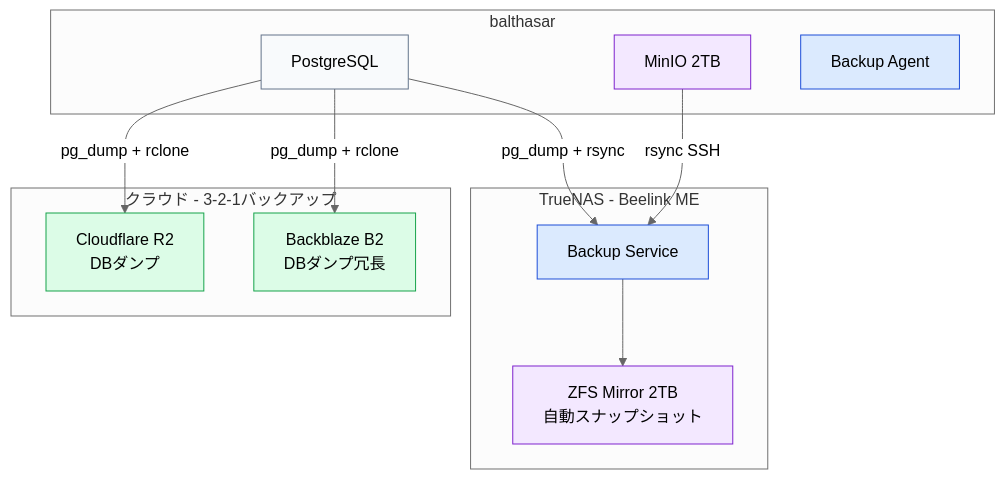
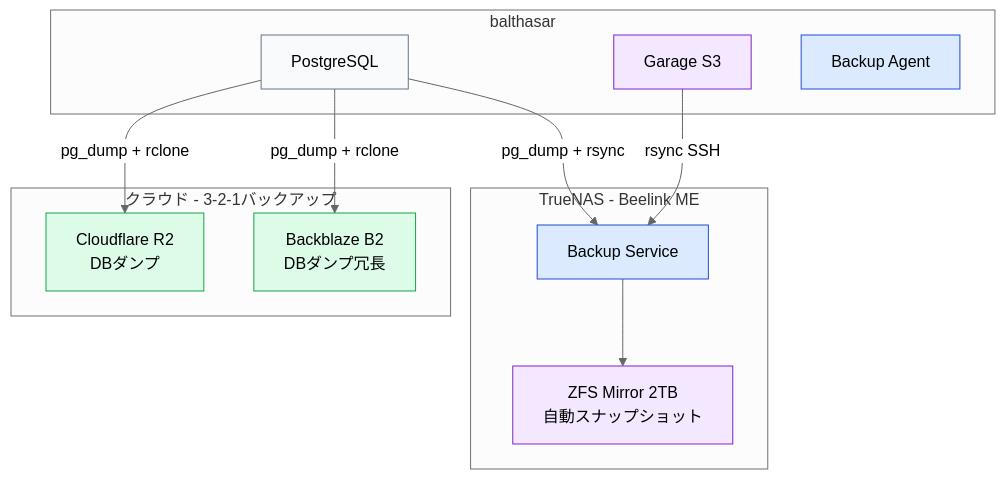
Before and after one commit to yamisskey-dev/yamisskey-host: the third of 5 diagrams in README.md, drawn with Mermaid (neutral theme). The commit also changed other lines of this file, not shown here.

````diff
--- a/README.md
+++ b/README.md
@@ -95,28 +94,28 @@
 ```mermaid
 graph TB
     classDef cloud fill:#dcfce7,stroke:#16a34a
     classDef storage fill:#f3e8ff,stroke:#7e22ce
     classDef backup fill:#dbeafe,stroke:#1d4ed8
     classDef svc fill:#f8fafc,stroke:#64748b
 
     subgraph cloud_backup[クラウド - 3-2-1バックアップ]
         r2[Cloudflare R2<br/>DBダンプ]:::cloud
         b2[Backblaze B2<br/>DBダンプ冗長]:::cloud
     end
 
     subgraph balthasar[balthasar]
         db[PostgreSQL]:::svc
-        minio[MinIO 2TB]:::storage
+        garage[Garage S3]:::storage
         agent[Backup Agent]:::backup
     end
 
     subgraph truenas[TrueNAS - Beelink ME]
         zfs[ZFS Mirror 2TB<br/>自動スナップショット]:::storage
         backup_svc[Backup Service]:::backup
     end
 
     db -->|pg_dump + rclone| r2 & b2
     db -->|pg_dump + rsync| backup_svc
-    minio -->|rsync SSH| backup_svc
+    garage -->|rsync SSH| backup_svc
     backup_svc --> zfs
 ```
````
